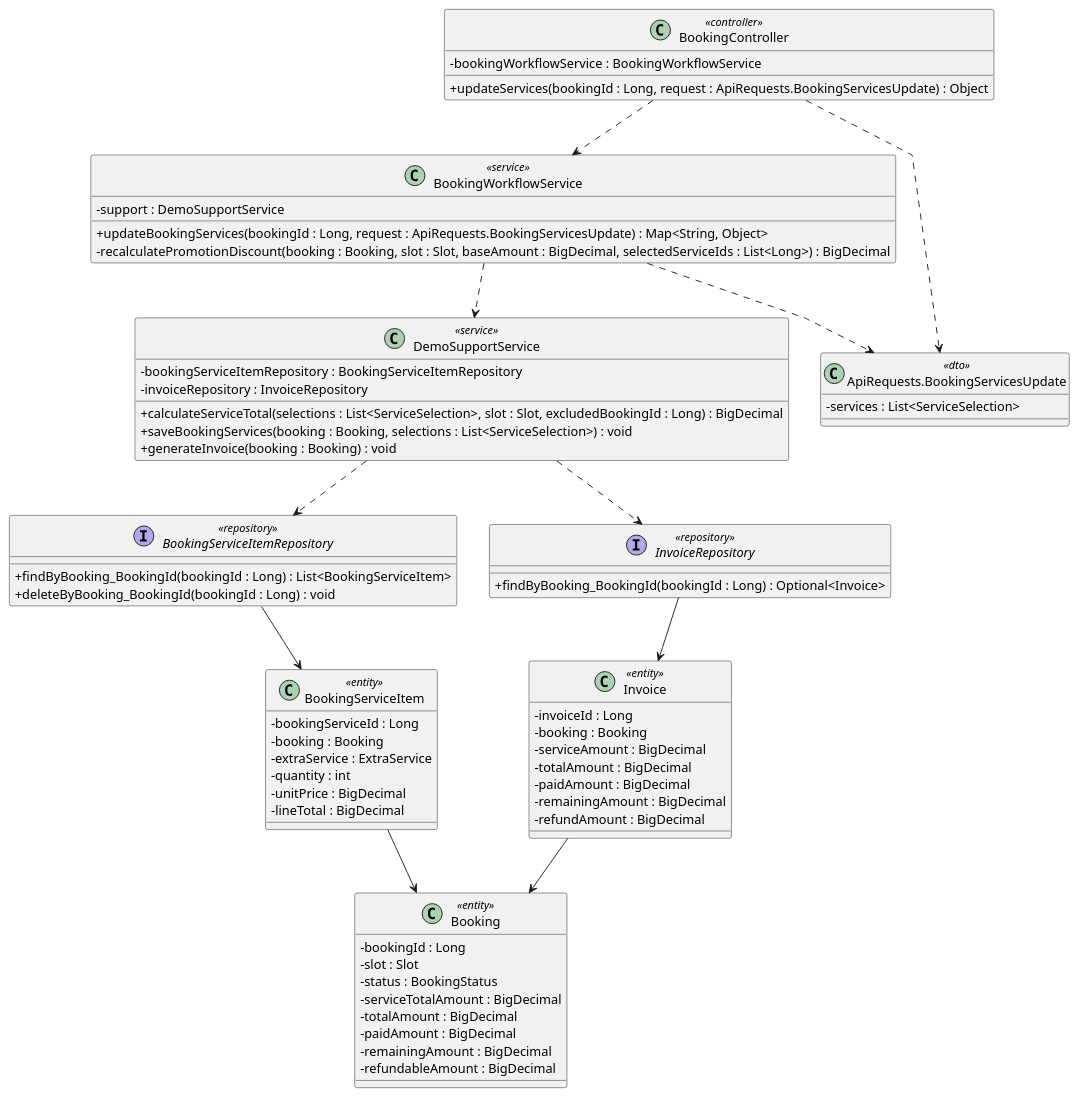
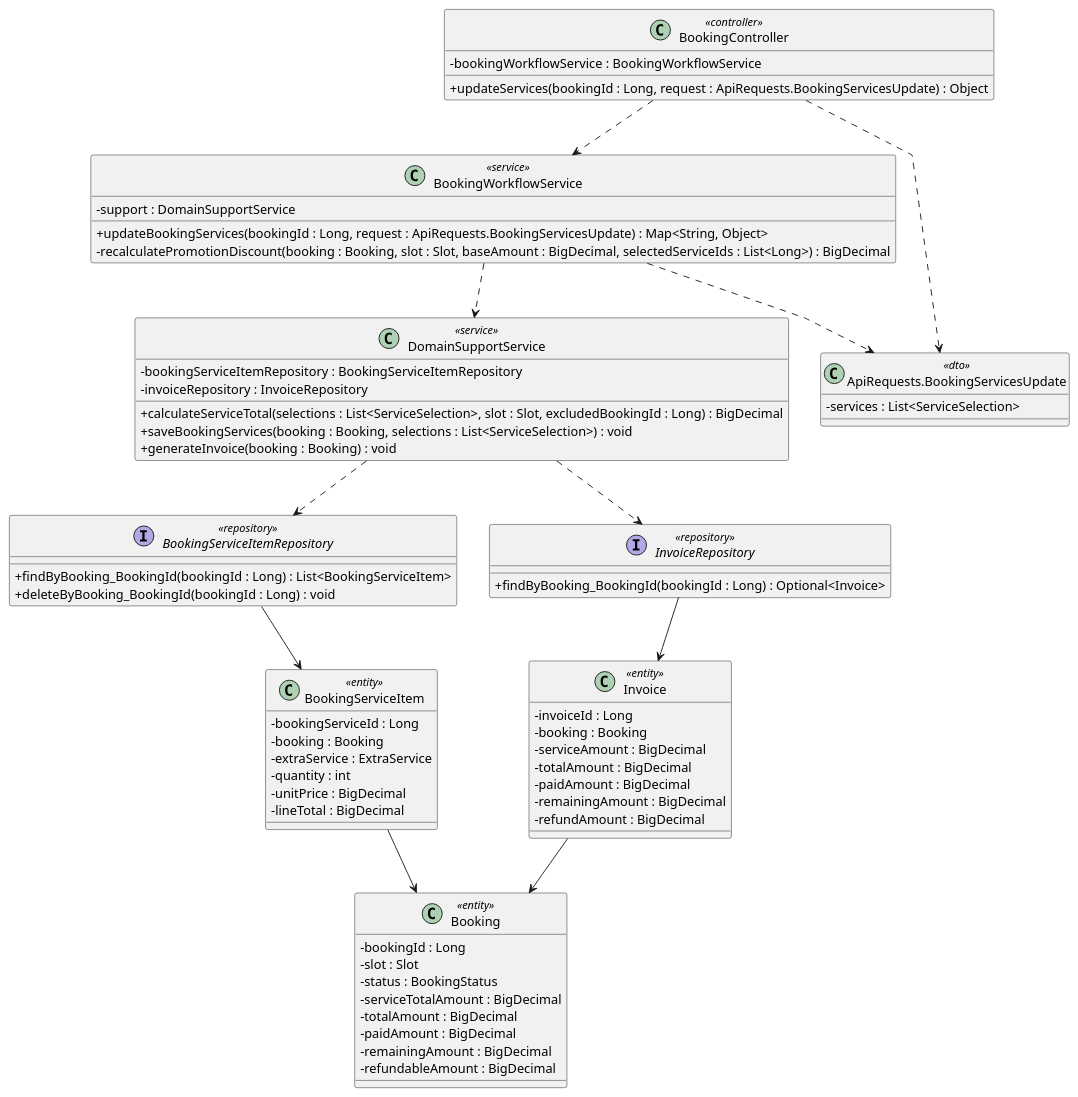
The diagram in docs/Class Diagram/update-extra-services-before-check-in.puml (maxwell1904/SWP391_G3), drawn with PlantUML before and after one commit. The commit also changed 120 other files, not shown here.

```diff
--- a/docs/Class Diagram/update-extra-services-before-check-in.puml
+++ b/docs/Class Diagram/update-extra-services-before-check-in.puml
@@ -1,82 +1,82 @@
 @startuml
 
 skinparam classAttributeIconSize 0
 skinparam linetype polyline
 
 class BookingController <<controller>> {
     -bookingWorkflowService : BookingWorkflowService
 
     +updateServices(bookingId : Long, request : ApiRequests.BookingServicesUpdate) : Object
 }
 
 class BookingWorkflowService <<service>> {
-    -support : DemoSupportService
+    -support : DomainSupportService
 
     +updateBookingServices(bookingId : Long, request : ApiRequests.BookingServicesUpdate) : Map<String, Object>
     -recalculatePromotionDiscount(booking : Booking, slot : Slot, baseAmount : BigDecimal, selectedServiceIds : List<Long>) : BigDecimal
 }
 
-class DemoSupportService <<service>> {
+class DomainSupportService <<service>> {
     -bookingServiceItemRepository : BookingServiceItemRepository
     -invoiceRepository : InvoiceRepository
 
     +calculateServiceTotal(selections : List<ServiceSelection>, slot : Slot, excludedBookingId : Long) : BigDecimal
     +saveBookingServices(booking : Booking, selections : List<ServiceSelection>) : void
     +generateInvoice(booking : Booking) : void
 }
 
 class "ApiRequests.BookingServicesUpdate" as BookingServicesUpdateDTO <<dto>> {
     -services : List<ServiceSelection>
 }
 
 interface BookingServiceItemRepository <<repository>> {
     +findByBooking_BookingId(bookingId : Long) : List<BookingServiceItem>
     +deleteByBooking_BookingId(bookingId : Long) : void
 }
 
 interface InvoiceRepository <<repository>> {
     +findByBooking_BookingId(bookingId : Long) : Optional<Invoice>
 }
 
 class Booking <<entity>> {
     -bookingId : Long
     -slot : Slot
     -status : BookingStatus
     -serviceTotalAmount : BigDecimal
     -totalAmount : BigDecimal
     -paidAmount : BigDecimal
     -remainingAmount : BigDecimal
     -refundableAmount : BigDecimal
 }
 
 class BookingServiceItem <<entity>> {
     -bookingServiceId : Long
     -booking : Booking
     -extraService : ExtraService
     -quantity : int
     -unitPrice : BigDecimal
     -lineTotal : BigDecimal
 }
 
 class Invoice <<entity>> {
     -invoiceId : Long
     -booking : Booking
     -serviceAmount : BigDecimal
     -totalAmount : BigDecimal
     -paidAmount : BigDecimal
     -remainingAmount : BigDecimal
     -refundAmount : BigDecimal
 }
 
 BookingController ..> BookingWorkflowService
 BookingController ..> BookingServicesUpdateDTO
 BookingWorkflowService ..> BookingServicesUpdateDTO
-BookingWorkflowService ..> DemoSupportService
-DemoSupportService ..> BookingServiceItemRepository
-DemoSupportService ..> InvoiceRepository
+BookingWorkflowService ..> DomainSupportService
+DomainSupportService ..> BookingServiceItemRepository
+DomainSupportService ..> InvoiceRepository
 BookingServiceItemRepository --> BookingServiceItem
 InvoiceRepository --> Invoice
 BookingServiceItem --> Booking
 Invoice --> Booking
 
 @enduml
```
